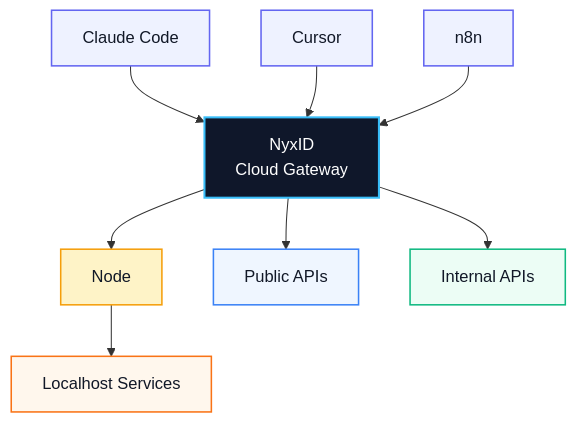
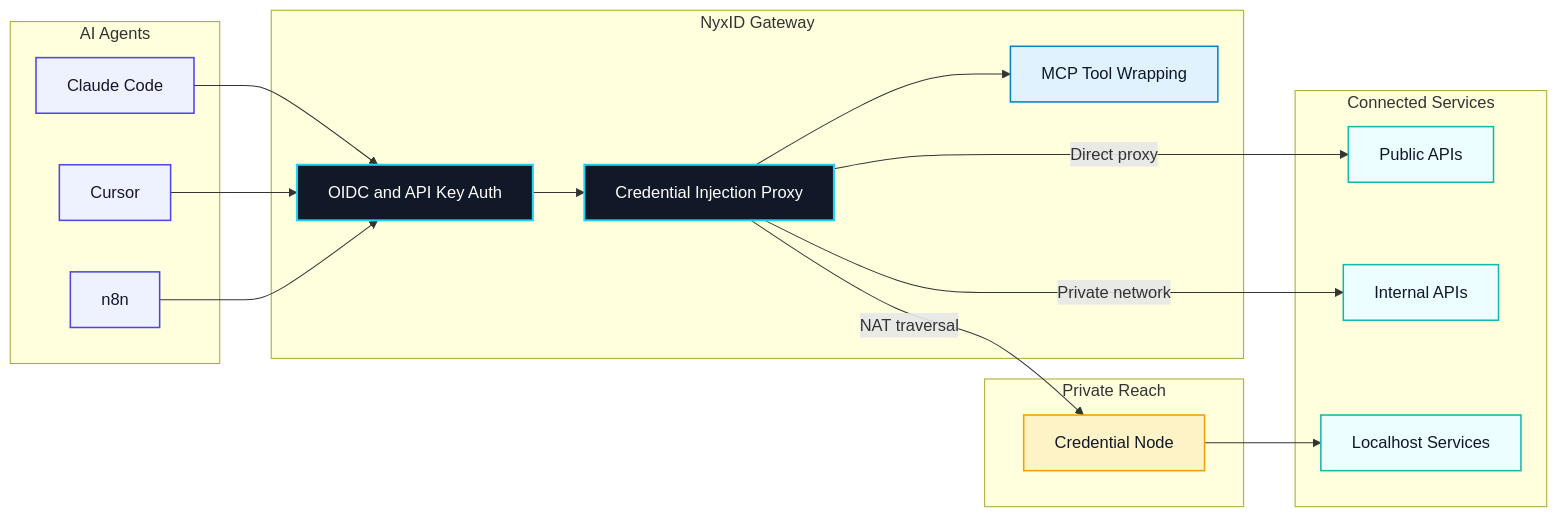
One commit to yonasBSD/NyxID changed the diagram in README.md. Above: the diagram before and after it, drawn with Mermaid. The commit also changed other lines of this file, not shown here.

````diff
--- a/README.md
+++ b/README.md
@@ -14,42 +14,47 @@
 ```mermaid
-flowchart TD
-    %% Top clients
-    A[Claude Code]
-    B[Cursor]
-    C[n8n]
+flowchart LR
+    subgraph Agents["AI Agents"]
+        CC[Claude Code]
+        CU[Cursor]
+        N8[n8n]
+    end
 
-    %% Gateway
-    G[NyxID<br/>Cloud Gateway]
+    subgraph NyxID["NyxID Gateway"]
+        AUTH[OIDC and API Key Auth]
+        PROXY[Credential Injection Proxy]
+        MCP[MCP Tool Wrapping]
+    end
 
-    %% Node
-    N[Node]
+    subgraph Connectivity["Private Reach"]
+        NODE[Credential Node]
+    end
 
-    %% Destinations
-    P[Public APIs]
-    I[Internal APIs]
-    L[Localhost Services]
+    subgraph Targets["Connected Services"]
+        PUB[Public APIs]
+        INT[Internal APIs]
+        LOC[Localhost Services]
+    end
 
-    %% Flows
-    A --> G
-    B --> G
-    C --> G
+    CC --> AUTH
+    CU --> AUTH
+    N8 --> AUTH
 
-    G --> P
-    G --> I
-    G --> N --> L
+    AUTH --> PROXY
+    PROXY --> MCP
+    PROXY -->|Direct proxy| PUB
+    PROXY -->|Private network| INT
+    PROXY -->|NAT traversal| NODE
+    NODE --> LOC
 
-    %% Styling
-    classDef client fill:#eef2ff,stroke:#6366f1,color:#111827,stroke-width:1.5px;
-    classDef gateway fill:#0f172a,stroke:#38bdf8,color:#ffffff,stroke-width:2px;
+    classDef agents fill:#eef2ff,stroke:#4f46e5,color:#111827,stroke-width:1.5px;
+    classDef gateway fill:#111827,stroke:#22d3ee,color:#ffffff,stroke-width:2px;
+    classDef tooling fill:#e0f2fe,stroke:#0284c7,color:#0f172a,stroke-width:1.5px;
     classDef node fill:#fef3c7,stroke:#f59e0b,color:#111827,stroke-width:1.5px;
-    classDef public fill:#eff6ff,stroke:#3b82f6,color:#111827,stroke-width:1.5px;
-    classDef internal fill:#ecfdf5,stroke:#10b981,color:#111827,stroke-width:1.5px;
-    classDef local fill:#fff7ed,stroke:#f97316,color:#111827,stroke-width:1.5px;
+    classDef targets fill:#ecfeff,stroke:#14b8a6,color:#0f172a,stroke-width:1.5px;
 
-    class A,B,C client;
-    class G gateway;
-    class N node;
-    class P public;
-    class I internal;
-    class L local;
+    class CC,CU,N8 agents;
+    class AUTH,PROXY gateway;
+    class MCP tooling;
+    class NODE node;
+    class PUB,INT,LOC targets;
 ```
````
